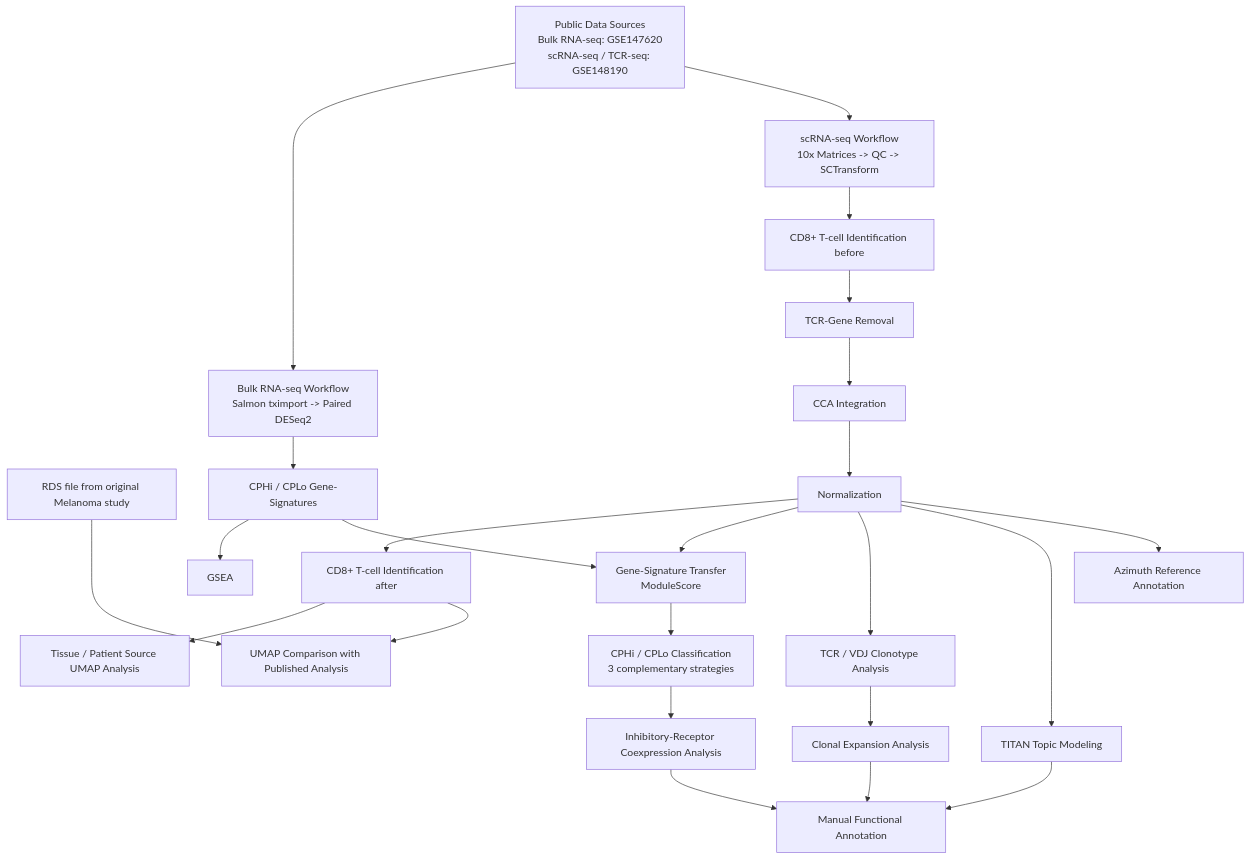
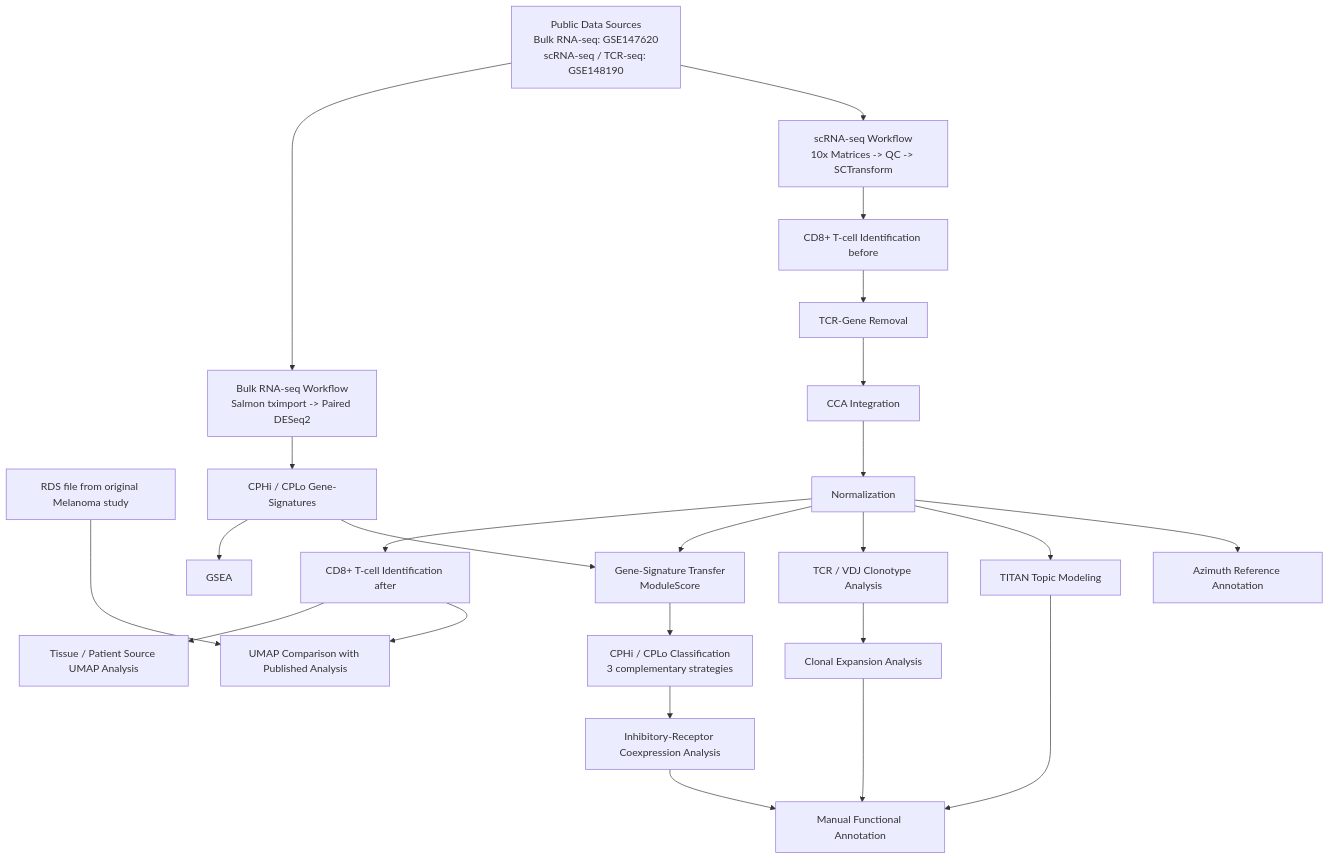
One commit to georgsommer-ai/Multi-Modal-CD8-T-cell-Heterogeneity-Analysis-in-Melanoma-Immunotherapy changed the third of 3 diagrams in README.md. Above: the diagram before and after it, drawn with Mermaid.

````diff
--- a/README.md
+++ b/README.md
@@ -236,37 +236,37 @@
 ```mermaid
 flowchart TD
 
     A[Public Data Sources<br/>Bulk RNA-seq: GSE147620<br/>scRNA-seq / TCR-seq: GSE148190]
     R[RDS file from original Melanoma study]
     
     A --> B1[Bulk RNA-seq Workflow<br/>Salmon tximport -> Paired DESeq2]
     B1 --> B2[CPHi / CPLo Gene-Signatures]
     B2 --> B3[GSEA]
     
     A --> C1[scRNA-seq Workflow<br/>10x Matrices -> QC -> SCTransform]
     C1 --> C2[CD8+ T-cell Identification before ]
     C2 --> C3[TCR-Gene Removal]
     C3 --> C4[CCA Integration]
     C4 --> C5[Normalization]
     C5 --> C6[CD8+ T-cell Identification after]
     C6 --> C7[Tissue / Patient Source UMAP Analysis]
     C6 --> C8[UMAP Comparison with Published Analysis]
     R ---> C8
     
     B2 --> D1[Gene-Signature Transfer<br/>ModuleScore]
     C5 --> D1
     D1 --> D2[CPHi / CPLo Classification<br/>3 complementary strategies]
     D2 --> D3[Inhibitory-Receptor Coexpression Analysis]
 
     C5 --> E1[TCR / VDJ Clonotype Analysis]
     E1 --> E2[Clonal Expansion Analysis]
 
     C5 --> F1[TITAN Topic Modeling]
     C5 --> K1[Azimuth Reference Annotation]
-    F1 --> G[Manual Functional Annotation]
-    E2 --> G
+    F1 ----> G[Manual Functional Annotation]
+    E2 ---> G
     D3 --> G
 
 
 
 ```
````
